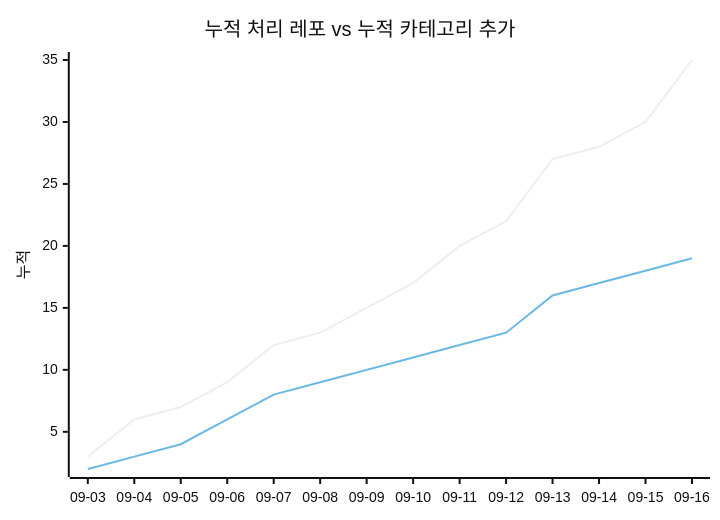
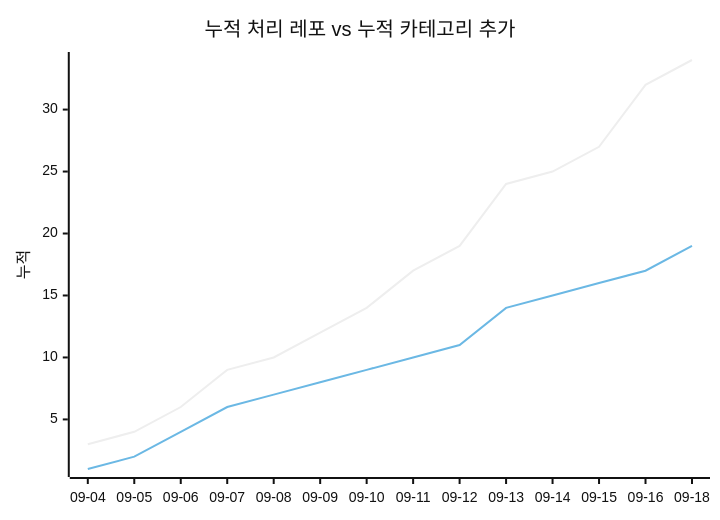
The second of 2 diagrams in docs/trends.md (J-nowcow/awesome-korean-agent-skills), drawn with Mermaid (neutral theme) before and after one commit. The commit also changed other lines of this file and 5 other files, not shown here.

````diff
--- a/docs/trends.md
+++ b/docs/trends.md
@@ -68,8 +68,8 @@
 ```mermaid
 xychart-beta
     title "누적 처리 레포 vs 누적 카테고리 추가"
-    x-axis ["09-03","09-04","09-05","09-06","09-07","09-08","09-09","09-10","09-11","09-12","09-13","09-14","09-15","09-16"]
+    x-axis ["09-04","09-05","09-06","09-07","09-08","09-09","09-10","09-11","09-12","09-13","09-14","09-15","09-16","09-18"]
     y-axis "누적"
-    line [3,6,7,9,12,13,15,17,20,22,27,28,30,35]
-    line [2,3,4,6,8,9,10,11,12,13,16,17,18,19]
+    line [3,4,6,9,10,12,14,17,19,24,25,27,32,34]
+    line [1,2,4,6,7,8,9,10,11,14,15,16,17,19]
 ```
````
